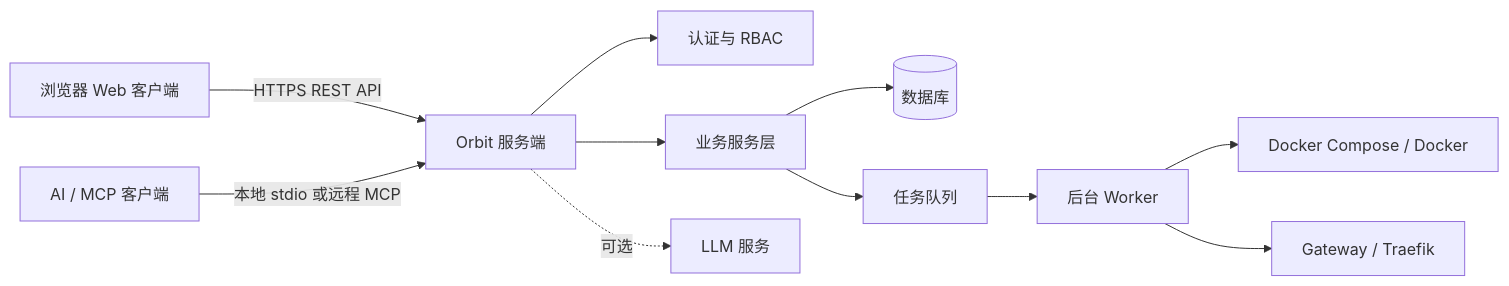
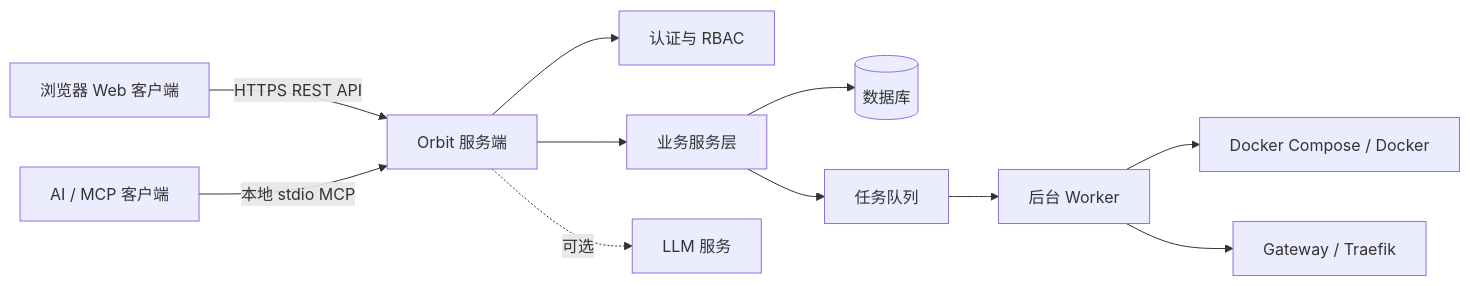
The first of 4 diagrams in docs/guides/client-cloud-invocation.md (leoninew/pomelo-orbit), drawn with Mermaid before and after one commit. The commit also changed other lines of this file and 94 other files, not shown here.

````diff
--- a/docs/guides/client-cloud-invocation.md
+++ b/docs/guides/client-cloud-invocation.md
@@ -13,14 +13,14 @@
 ```mermaid
 flowchart LR
     A[浏览器 Web 客户端] -->|HTTPS REST API| B[Orbit 服务端]
-    C[AI / MCP 客户端] -->|本地 stdio 或远程 MCP| B
+    C[AI / MCP 客户端] -->|本地 stdio MCP| B
 
     B --> D[认证与 RBAC]
     B --> E[业务服务层]
     E --> F[(数据库)]
     E --> G[任务队列]
     G --> H[后台 Worker]
     H --> I[Docker Compose / Docker]
     H --> J[Gateway / Traefik]
     B -.可选.-> K[LLM 服务]
 ```
````
